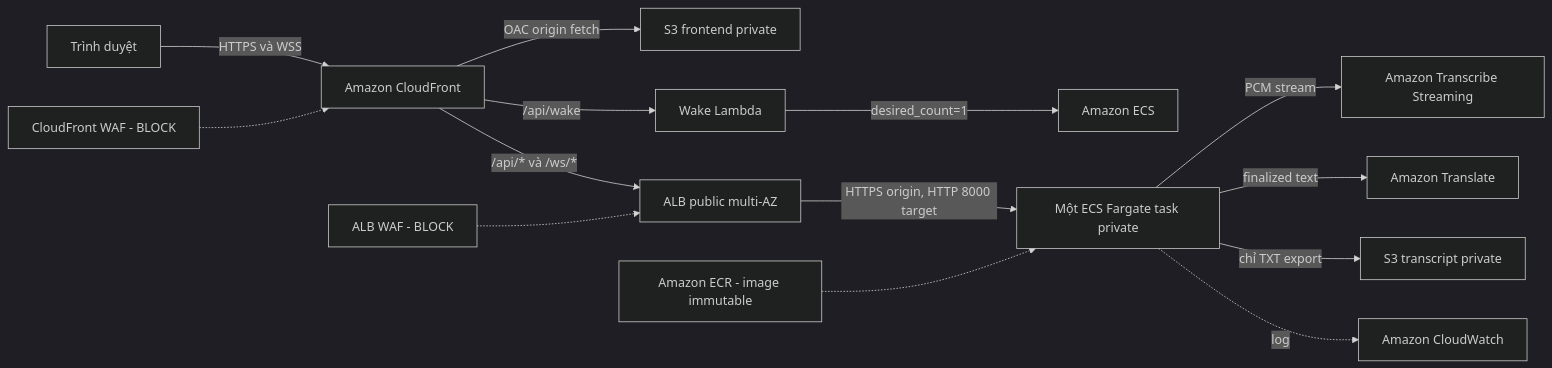
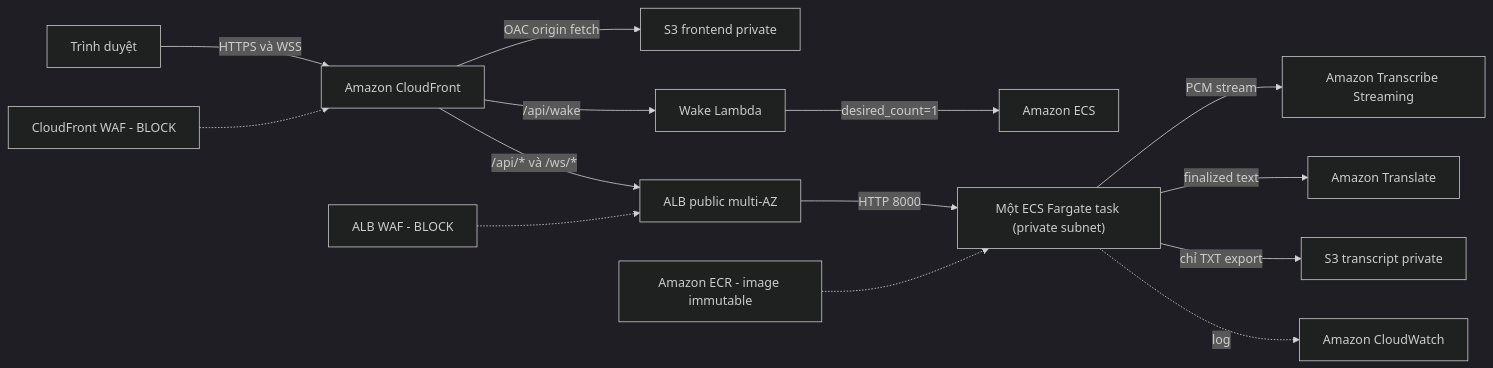
Before and after one commit to 9ducanh9/fcj-workshop-template: the diagram in content/5-Workshop/5.1-Workshop-overview/_index.vi.md, drawn with Mermaid (dark theme). The commit also changed other lines of this file and 44 other files, not shown here.

````diff
--- a/content/5-Workshop/5.1-Workshop-overview/_index.vi.md
+++ b/content/5-Workshop/5.1-Workshop-overview/_index.vi.md
@@ -29,16 +66,16 @@
 ```mermaid
 flowchart LR
   Browser["Trình duyệt"] -->|HTTPS và WSS| CF["Amazon CloudFront"]
   WAF["CloudFront WAF - BLOCK"] -.-> CF
   CF -->|OAC origin fetch| Frontend["S3 frontend private"]
   CF -->|/api/wake| Wake["Wake Lambda"]
   Wake -->|desired_count=1| ECS["Amazon ECS"]
   CF -->|/api/* và /ws/*| ALB["ALB public multi-AZ"]
   ALBWAF["ALB WAF - BLOCK"] -.-> ALB
-  ALB -->|HTTPS origin, HTTP 8000 target| Task["Một ECS Fargate task private"]
+  ALB -->|HTTP 8000| Task["Một ECS Fargate task (private subnet)"]
   ECR["Amazon ECR - image immutable"] -.-> Task
   Task -->|PCM stream| Transcribe["Amazon Transcribe Streaming"]
   Task -->|finalized text| Translate["Amazon Translate"]
   Task -->|chỉ TXT export| Transcript["S3 transcript private"]
   Task -.->|log| CW["Amazon CloudWatch"]
 ```
````
